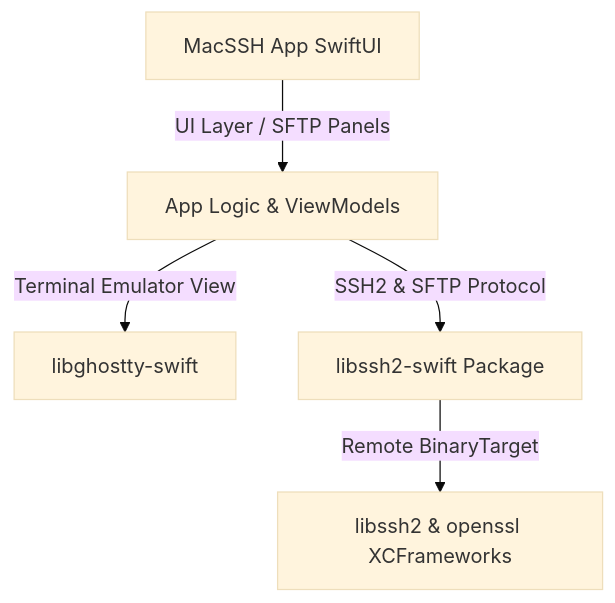
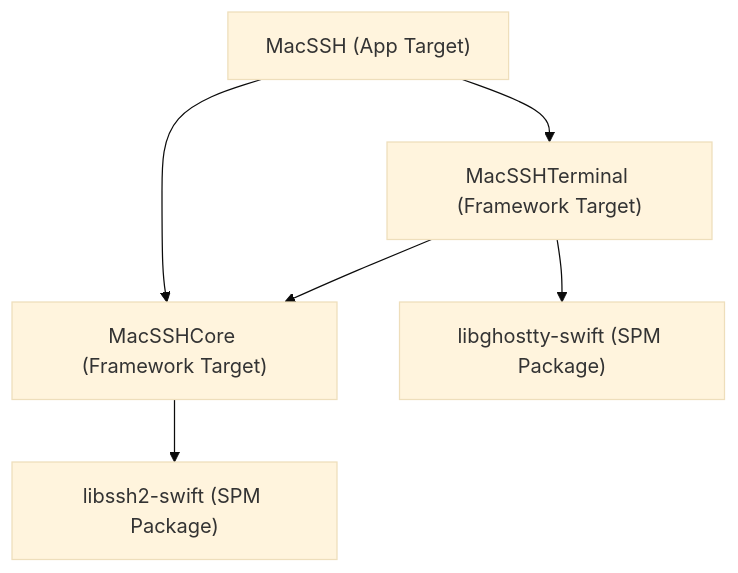
Before and after one commit to SteveShi/MacSSH: the diagram in README.md, drawn with Mermaid (base theme). The commit also changed other lines of this file and 1 other file, not shown here.

Commit message:
docs: update MacSSH Modular Architecture diagram for Tuist targets [skip ci]

````diff
--- a/README.md
+++ b/README.md
@@ -15,7 +15,8 @@
 ```mermaid
 graph TD
-    App[MacSSH App SwiftUI] --> |UI Layer / SFTP Panels| Core
-    Core[App Logic & ViewModels] --> |Terminal Emulator View| Ghostty[libghostty-swift]
-    Core --> |SSH2 & SFTP Protocol| SSH[libssh2-swift Package]
-    SSH --> |Remote BinaryTarget| C_Libs["libssh2 & openssl XCFrameworks"]
+    App["MacSSH (App Target)"] --> Core["MacSSHCore (Framework Target)"]
+    App --> Terminal["MacSSHTerminal (Framework Target)"]
+    Terminal --> Core
+    Terminal --> Ghostty["libghostty-swift (SPM Package)"]
+    Core --> SSH["libssh2-swift (SPM Package)"]
 ```
````
